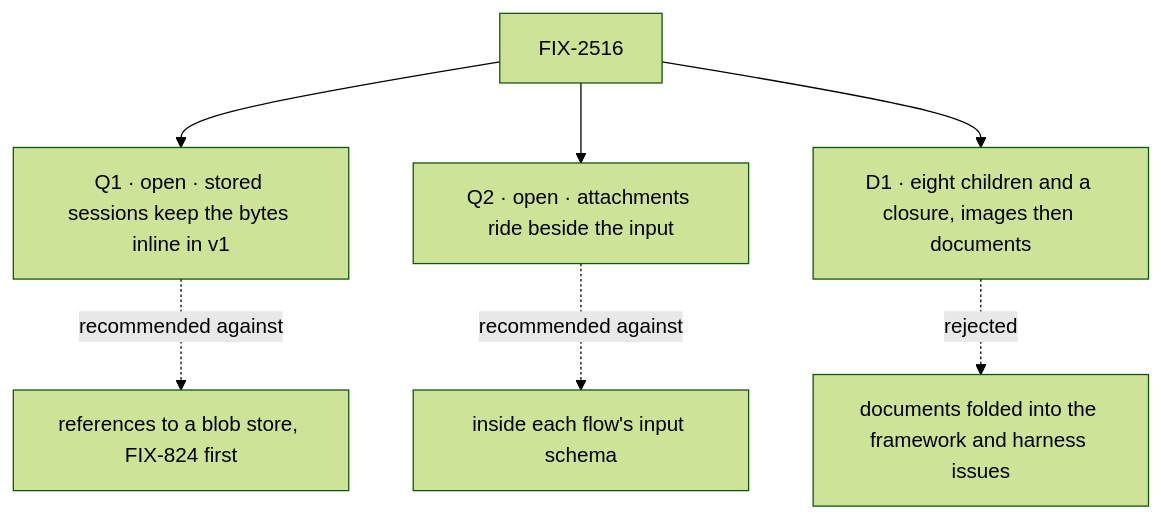
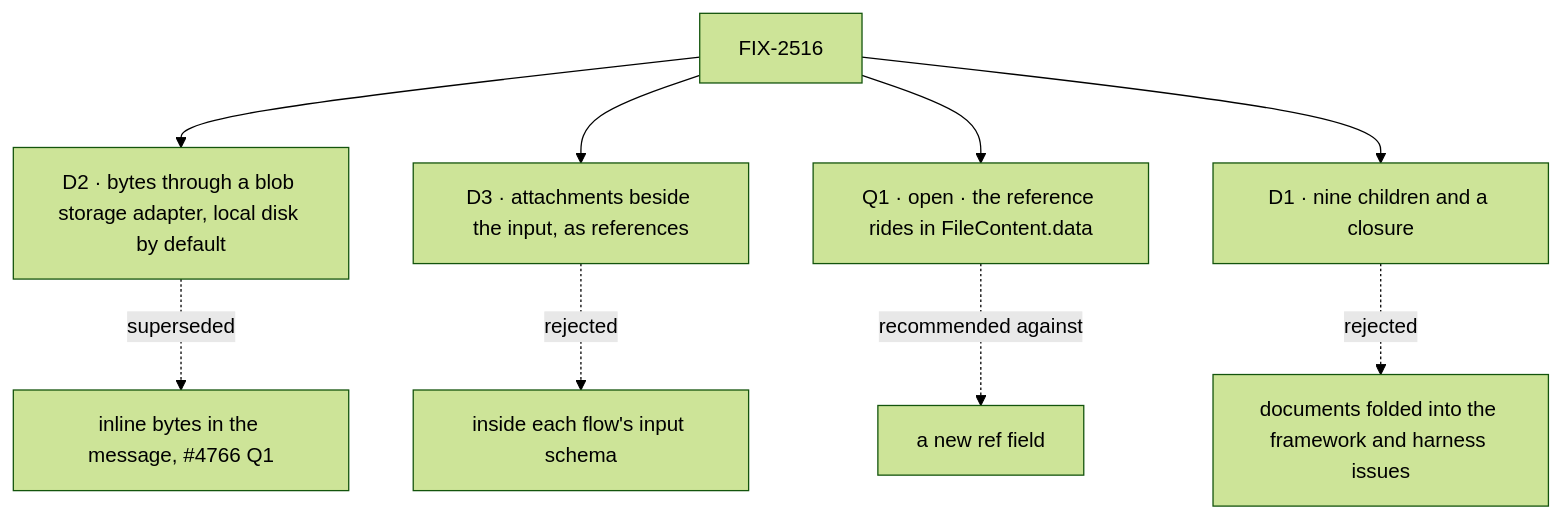
The diagram in specs/epics/FIX-2516/DECISIONS.md (fixpoint-labs/flow-state-dev), drawn with Mermaid (forest theme) before and after one commit. The commit also changed other lines of this file and 8 other files, not shown here.

First line of the commit message:
spec(epic): attachments are stored through a blob storage adapter (FIX-2516)

````diff
--- a/specs/epics/FIX-2516/DECISIONS.md
+++ b/specs/epics/FIX-2516/DECISIONS.md
@@ -12,9 +12,11 @@
 ```mermaid
 flowchart TD
-  E["FIX-2516"] --> Q1["Q1 · open · stored sessions keep the bytes inline in v1"]
-  Q1 -.->|"recommended against"| X1["references to a blob store, FIX-824 first"]
-  E --> Q2["Q2 · open · attachments ride beside the input"]
-  Q2 -.->|"recommended against"| X2["inside each flow's input schema"]
-  E --> D1["D1 · eight children and a closure, images then documents"]
-  D1 -.->|"rejected"| X3["documents folded into the framework and harness issues"]
+  E["FIX-2516"] --> D2["D2 · bytes through a blob storage adapter, local disk by default"]
+  D2 -.->|"superseded"| X1["inline bytes in the message, #4766 Q1"]
+  E --> D3["D3 · attachments beside the input, as references"]
+  D3 -.->|"rejected"| X2["inside each flow's input schema"]
+  E --> Q1["Q1 · open · the reference rides in FileContent.data"]
+  Q1 -.->|"recommended against"| X3["a new ref field"]
+  E --> D1["D1 · nine children and a closure"]
+  D1 -.->|"rejected"| X4["documents folded into the framework and harness issues"]
 ```
````
